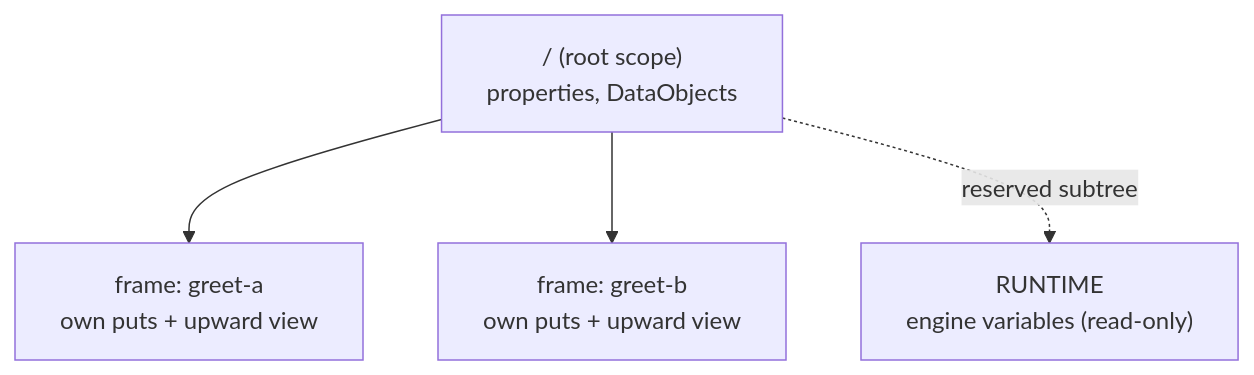
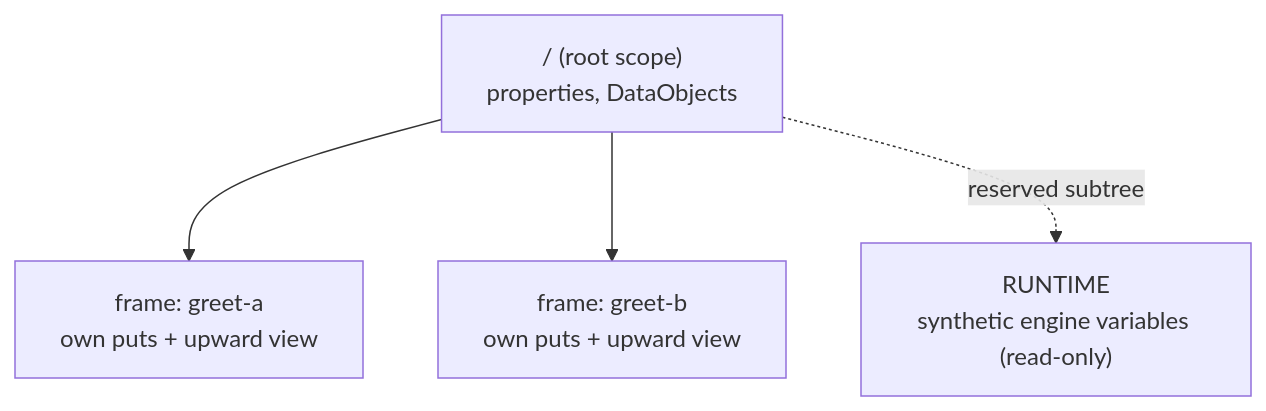
Before and after one commit to dr-dobermann/gobpm: the diagram in docs/guides/concepts/scope-and-data.md, drawn with Mermaid. The commit also changed other lines of this file and 81 other files, not shown here.

````diff
--- a/docs/guides/concepts/scope-and-data.md
+++ b/docs/guides/concepts/scope-and-data.md
@@ -25,10 +30,10 @@
 ```mermaid
 flowchart TD
     root["/ (root scope)<br/>properties, DataObjects"]
-    runtime["RUNTIME<br/>engine variables (read-only)"]
+    runtime["RUNTIME<br/>synthetic engine variables (read-only)"]
     frameA["frame: greet-a<br/>own puts + upward view"]
     frameB["frame: greet-b<br/>own puts + upward view"]
     root --> frameA
     root --> frameB
     root -.reserved subtree.-> runtime
 ```
````
